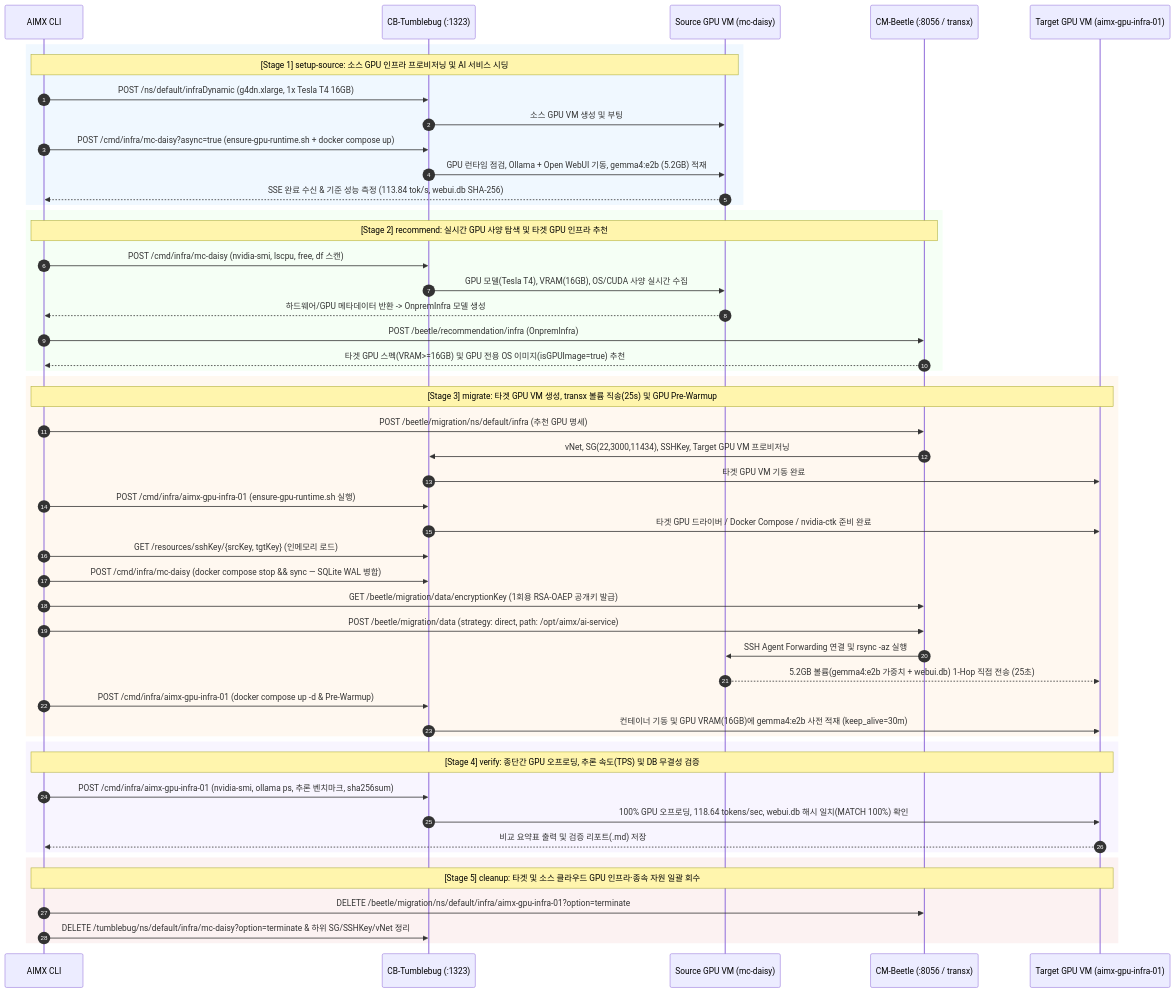
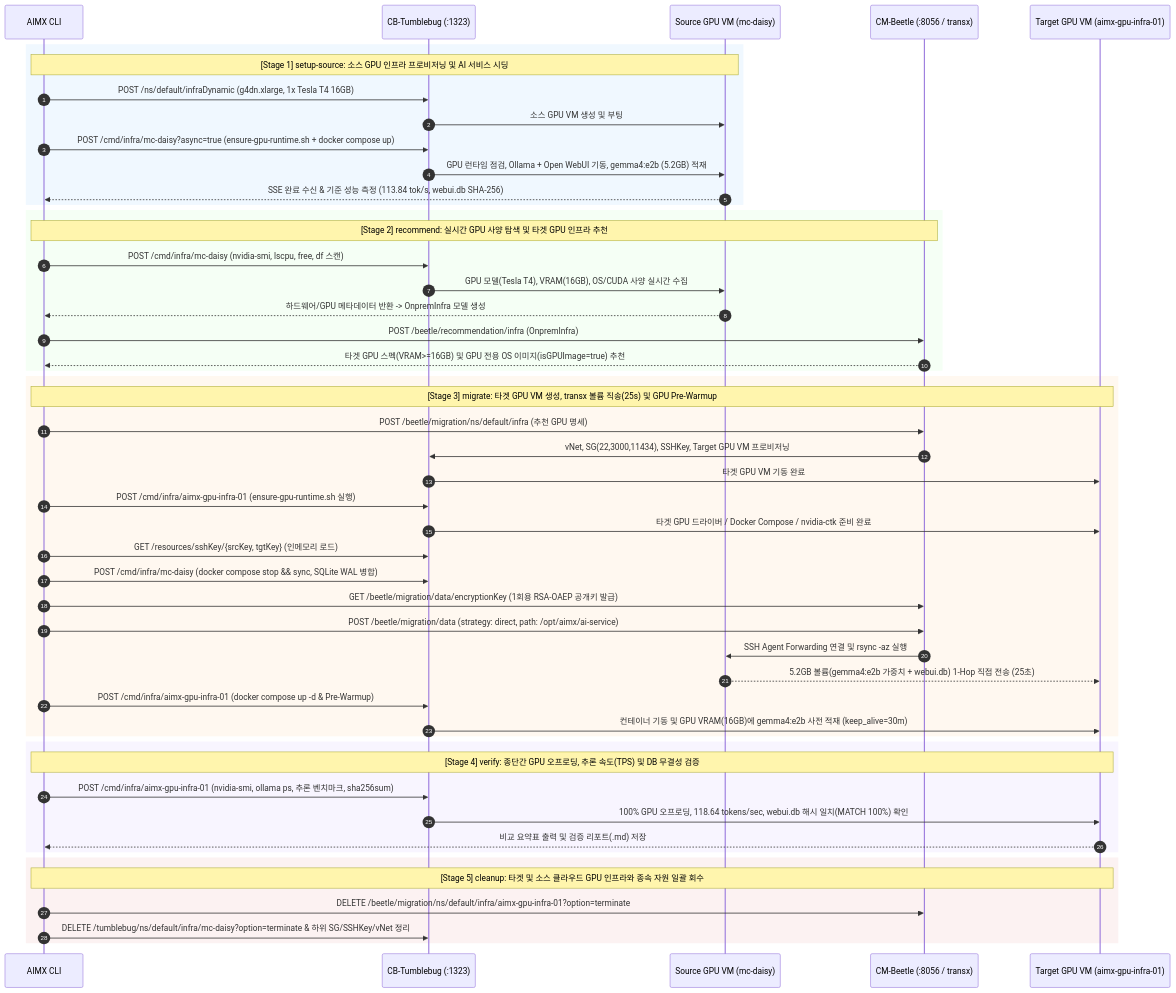
Diagram 12 of 15 in docs/poc/ai-service-migration-design.md (cloud-barista/cm-beetle), drawn with Mermaid before and after one commit. The commit also changed other lines of this file and 8 other files, not shown here.

````diff
--- a/docs/poc/ai-service-migration-design.md
+++ b/docs/poc/ai-service-migration-design.md
@@ -387,57 +387,57 @@
 ```mermaid
 sequenceDiagram
     autonumber
     participant AIMX as AIMX CLI
     participant TB as CB-Tumblebug (:1323)
     participant Src as Source GPU VM (mc-daisy)
     participant BT as CM-Beetle (:8056 / transx)
     participant Tgt as Target GPU VM (aimx-gpu-infra-01)
 
     rect rgb(240, 248, 255)
     Note over AIMX,Src: [Stage 1] setup-source: 소스 GPU 인프라 프로비저닝 및 AI 서비스 시딩
     AIMX->>TB: POST /ns/default/infraDynamic (g4dn.xlarge, 1x Tesla T4 16GB)
     TB->>Src: 소스 GPU VM 생성 및 부팅
     AIMX->>TB: POST /cmd/infra/mc-daisy?async=true (ensure-gpu-runtime.sh + docker compose up)
     TB->>Src: GPU 런타임 점검, Ollama + Open WebUI 기동, gemma4:e2b (5.2GB) 적재
     Src-->>AIMX: SSE 완료 수신 & 기준 성능 측정 (113.84 tok/s, webui.db SHA-256)
     end
 
     rect rgb(245, 255, 245)
     Note over AIMX,BT: [Stage 2] recommend: 실시간 GPU 사양 탐색 및 타겟 GPU 인프라 추천
     AIMX->>TB: POST /cmd/infra/mc-daisy (nvidia-smi, lscpu, free, df 스캔)
     TB->>Src: GPU 모델(Tesla T4), VRAM(16GB), OS/CUDA 사양 실시간 수집
     Src-->>AIMX: 하드웨어/GPU 메타데이터 반환 -> OnpremInfra 모델 생성
     AIMX->>BT: POST /beetle/recommendation/infra (OnpremInfra)
     BT-->>AIMX: 타겟 GPU 스펙(VRAM>=16GB) 및 GPU 전용 OS 이미지(isGPUImage=true) 추천
     end
 
     rect rgb(255, 248, 240)
     Note over AIMX,Tgt: [Stage 3] migrate: 타겟 GPU VM 생성, transx 볼륨 직송(25s) 및 GPU Pre-Warmup
     AIMX->>BT: POST /beetle/migration/ns/default/infra (추천 GPU 명세)
     BT->>TB: vNet, SG(22,3000,11434), SSHKey, Target GPU VM 프로비저닝
     TB->>Tgt: 타겟 GPU VM 기동 완료
     AIMX->>TB: POST /cmd/infra/aimx-gpu-infra-01 (ensure-gpu-runtime.sh 실행)
     TB->>Tgt: 타겟 GPU 드라이버 / Docker Compose / nvidia-ctk 준비 완료
     AIMX->>TB: GET /resources/sshKey/{srcKey, tgtKey} (인메모리 로드)
-    AIMX->>TB: POST /cmd/infra/mc-daisy (docker compose stop && sync — SQLite WAL 병합)
+    AIMX->>TB: POST /cmd/infra/mc-daisy (docker compose stop && sync, SQLite WAL 병합)
     AIMX->>BT: GET /beetle/migration/data/encryptionKey (1회용 RSA-OAEP 공개키 발급)
     AIMX->>BT: POST /beetle/migration/data (strategy: direct, path: /opt/aimx/ai-service)
     BT->>Src: SSH Agent Forwarding 연결 및 rsync -az 실행
     Src-->>Tgt: 5.2GB 볼륨(gemma4:e2b 가중치 + webui.db) 1-Hop 직접 전송 (25초)
     AIMX->>TB: POST /cmd/infra/aimx-gpu-infra-01 (docker compose up -d & Pre-Warmup)
     TB->>Tgt: 컨테이너 기동 및 GPU VRAM(16GB)에 gemma4:e2b 사전 적재 (keep_alive=30m)
     end
 
     rect rgb(248, 245, 255)
     Note over AIMX,Tgt: [Stage 4] verify: 종단간 GPU 오프로딩, 추론 속도(TPS) 및 DB 무결성 검증
     AIMX->>TB: POST /cmd/infra/aimx-gpu-infra-01 (nvidia-smi, ollama ps, 추론 벤치마크, sha256sum)
     TB->>Tgt: 100% GPU 오프로딩, 118.64 tokens/sec, webui.db 해시 일치(MATCH 100%) 확인
     Tgt-->>AIMX: 비교 요약표 출력 및 검증 리포트(.md) 저장
     end
 
     rect rgb(252, 242, 242)
-    Note over AIMX,Tgt: [Stage 5] cleanup: 타겟 및 소스 클라우드 GPU 인프라·종속 자원 일괄 회수
+    Note over AIMX,Tgt: [Stage 5] cleanup: 타겟 및 소스 클라우드 GPU 인프라와 종속 자원 일괄 회수
     AIMX->>BT: DELETE /beetle/migration/ns/default/infra/aimx-gpu-infra-01?option=terminate
     AIMX->>TB: DELETE /tumblebug/ns/default/infra/mc-daisy?option=terminate & 하위 SG/SSHKey/vNet 정리
     end
 ```
````
